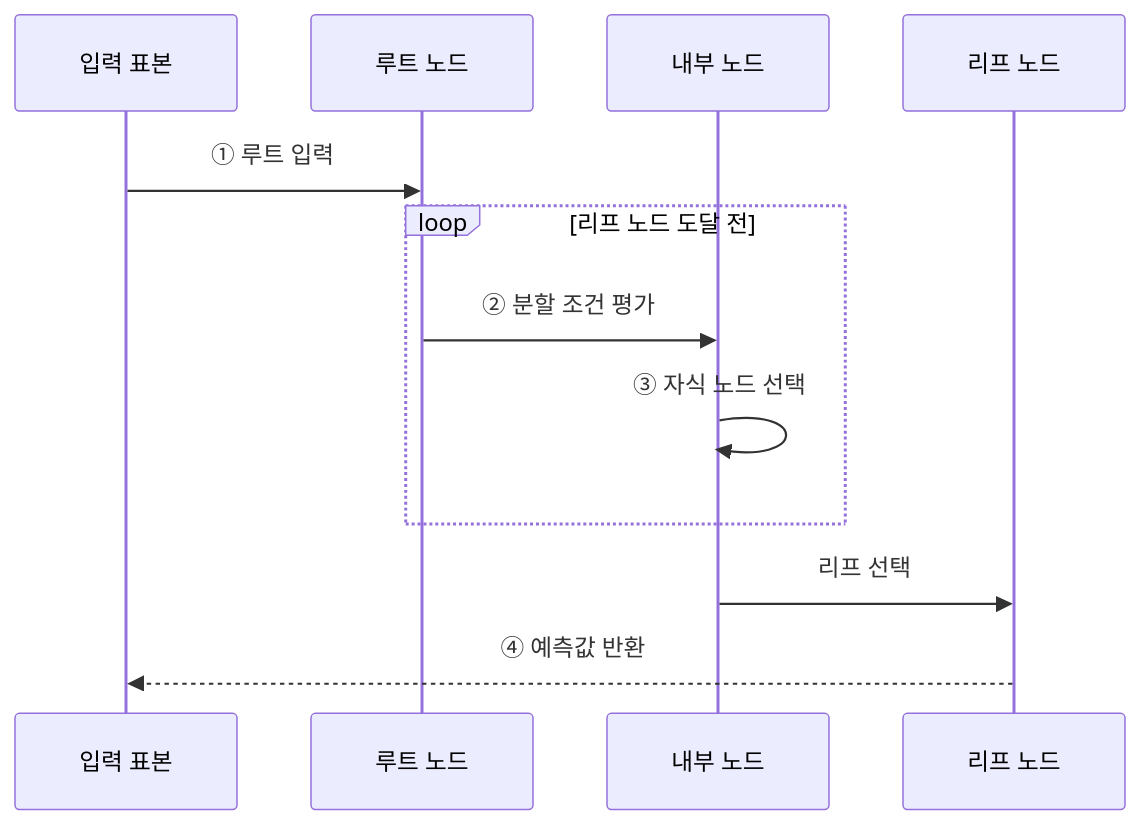
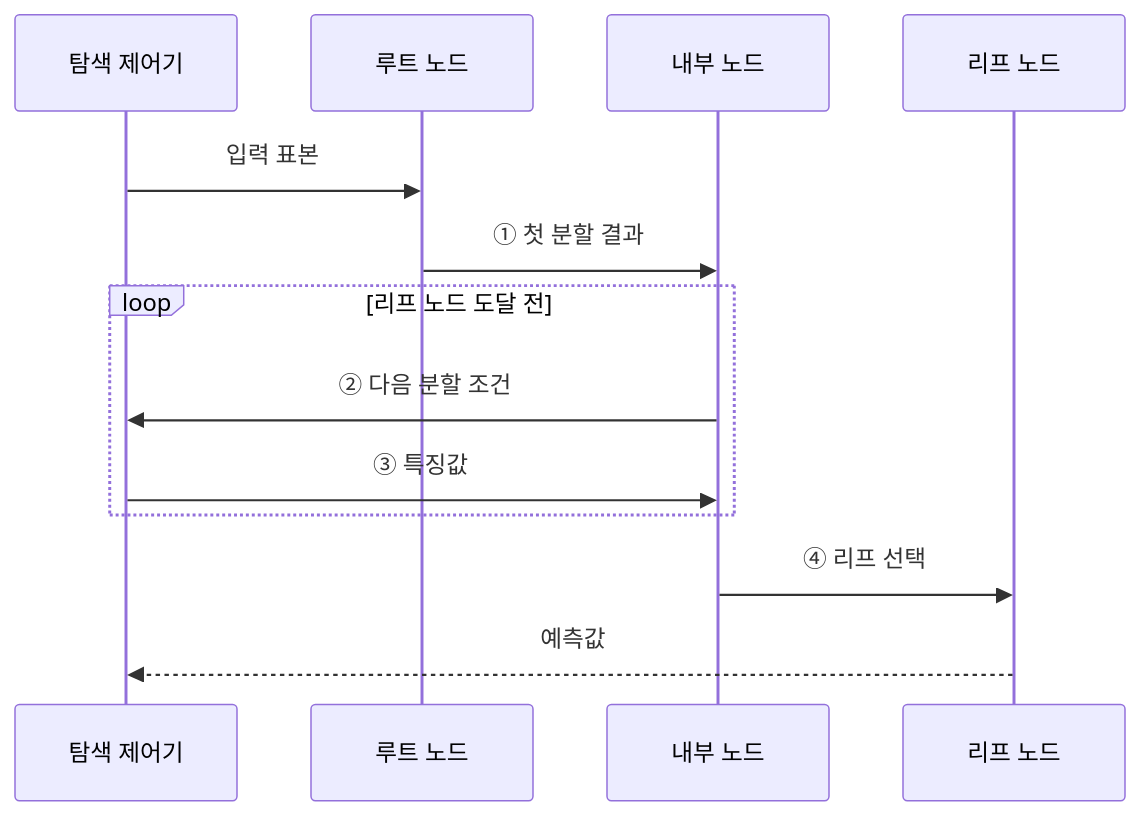
The second of 2 diagrams in src/content/docs/notes/01-basic-theory/049_decision_tree.md (agnusdei1207/knowledge-base), drawn with Mermaid before and after one commit. The commit also changed other lines of this file and 10 other files, not shown here.

````diff
--- a/src/content/docs/notes/01-basic-theory/049_decision_tree.md
+++ b/src/content/docs/notes/01-basic-theory/049_decision_tree.md
@@ -93,14 +75,15 @@
 ```mermaid
 sequenceDiagram
-    participant X as 입력 표본
+    participant T as 탐색 제어기
     participant R as 루트 노드
     participant N as 내부 노드
     participant L as 리프 노드
-    X->>R: ① 루트 입력
+    T->>R: 입력 표본
+    R->>N: ① 첫 분할 결과
     loop 리프 노드 도달 전
-        R->>N: ② 분할 조건 평가
-        N->>N: ③ 자식 노드 선택
+        N->>T: ② 다음 분할 조건
+        T->>N: ③ 특징값
     end
-    N->>L: 리프 선택
-    L-->>X: ④ 예측값 반환
+    N->>L: ④ 리프 선택
+    L-->>T: 예측값
 ```
````
